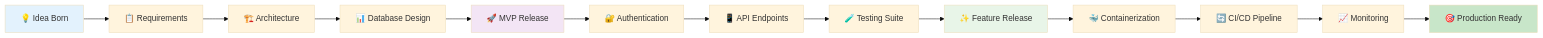
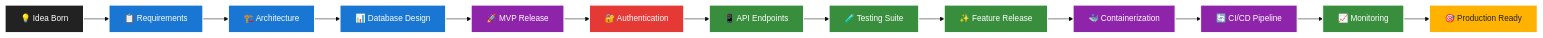
One commit to fpindej/fpindej changed the sixth of 6 diagrams in README.md. Above: the diagram before and after it, drawn with Mermaid (base theme). The commit also changed other lines of this file, not shown here.

````diff
--- a/README.md
+++ b/README.md
@@ -256,22 +311,31 @@
 ```mermaid
 graph LR
     A[💡 Idea Born] --> B[📋 Requirements]
     B --> C[🏗️ Architecture]
     C --> D[📊 Database Design]
     D --> E[🚀 MVP Release]
     
     E --> F[🔐 Authentication]
     F --> G[📱 API Endpoints]
     G --> H[🧪 Testing Suite]
     H --> I[✨ Feature Release]
     
     I --> J[🐳 Containerization]
     J --> K[🔄 CI/CD Pipeline]
     K --> L[📈 Monitoring]
     L --> M[🎯 Production Ready]
     
-    style A fill:#e3f2fd
-    style E fill:#f3e5f5
-    style I fill:#e8f5e8
-    style M fill:#c8e6c9
+    style A fill:#222,stroke:#fff,stroke-width:2px,color:#fff
+    style E fill:#8e24aa,stroke:#fff,stroke-width:2px,color:#fff
+    style I fill:#388e3c,stroke:#fff,stroke-width:2px,color:#fff
+    style M fill:#ffb300,stroke:#fff,stroke-width:2px,color:#222
+    style B fill:#1976d2,stroke:#fff,stroke-width:2px,color:#fff
+    style C fill:#1976d2,stroke:#fff,stroke-width:2px,color:#fff
+    style D fill:#1976d2,stroke:#fff,stroke-width:2px,color:#fff
+    style F fill:#e53935,stroke:#fff,stroke-width:2px,color:#fff
+    style G fill:#388e3c,stroke:#fff,stroke-width:2px,color:#fff
+    style H fill:#388e3c,stroke:#fff,stroke-width:2px,color:#fff
+    style J fill:#8e24aa,stroke:#fff,stroke-width:2px,color:#fff
+    style K fill:#8e24aa,stroke:#fff,stroke-width:2px,color:#fff
+    style L fill:#388e3c,stroke:#fff,stroke-width:2px,color:#fff
 ```
````
